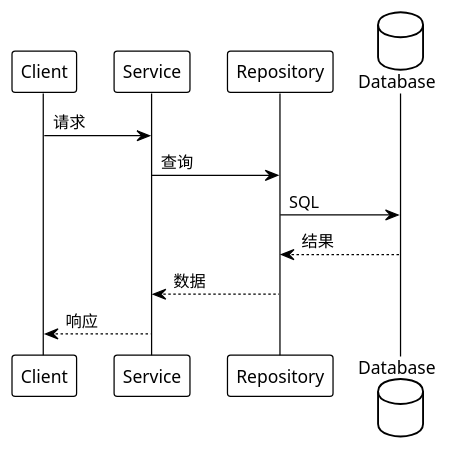
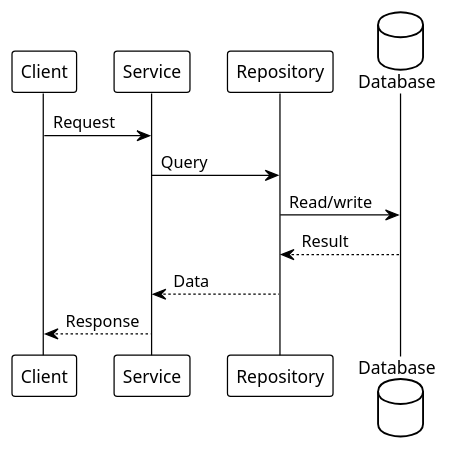
The diagram in templates/delta/delta-design.md (kvenux/metaspec), drawn with PlantUML before and after one commit. The commit also changed other lines of this file and 37 other files, not shown here.

````diff
--- a/templates/delta/delta-design.md
+++ b/templates/delta/delta-design.md
@@ -164,16 +89,16 @@
 ```plantuml
 @startuml
 !theme plain
 participant Client
 participant Service
 participant Repository
 database Database
 
-Client -> Service: 请求
-Service -> Repository: 查询
-Repository -> Database: SQL
-Database --> Repository: 结果
-Repository --> Service: 数据
-Service --> Client: 响应
+Client -> Service: Request
+Service -> Repository: Query
+Repository -> Database: Read/write
+Database --> Repository: Result
+Repository --> Service: Data
+Service --> Client: Response
 @enduml
 ```
````
